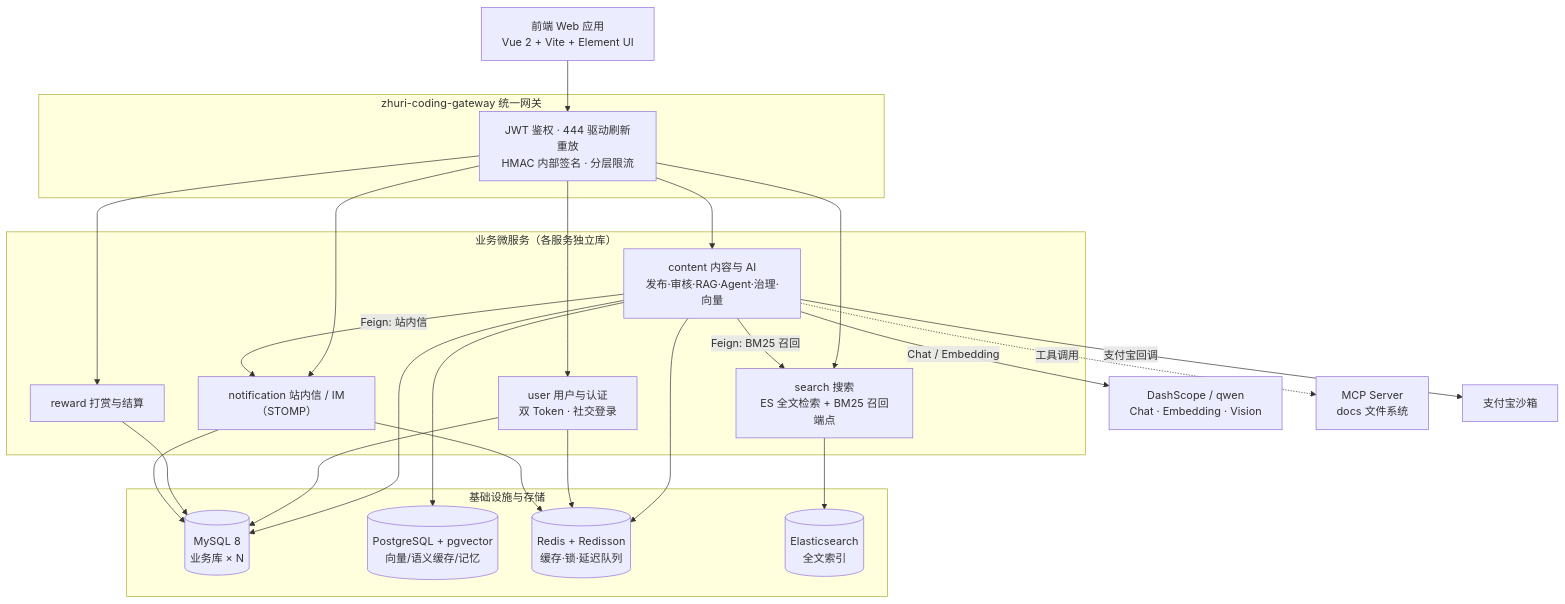
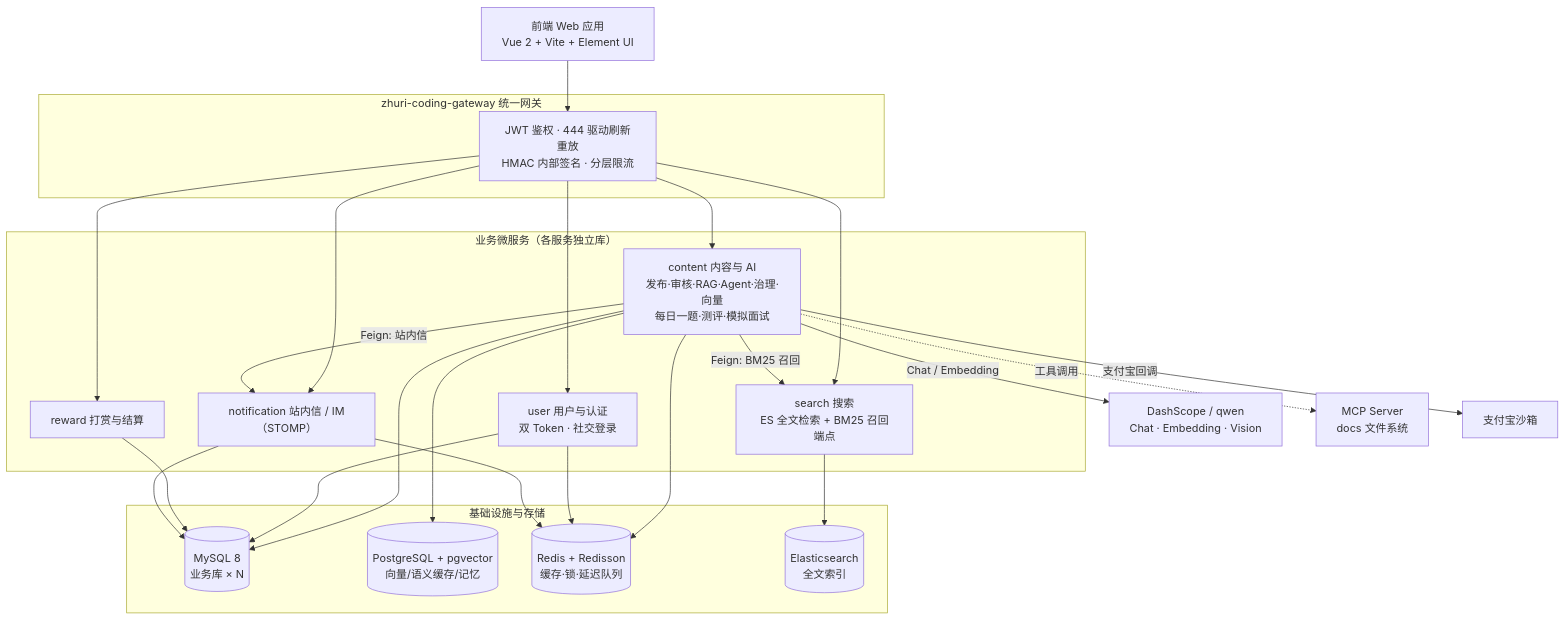
The diagram in README.md (R-ping/ZhuRi-Coding), drawn with Mermaid before and after one commit. The commit also changed other lines of this file, not shown here.

````diff
--- a/README.md
+++ b/README.md
@@ -171,40 +204,40 @@
 ```mermaid
 flowchart TB
     FE["前端 Web 应用<br/>Vue 2 + Vite + Element UI"]
 
     subgraph GW["zhuri-coding-gateway 统一网关"]
         G1["JWT 鉴权 · 444 驱动刷新重放<br/>HMAC 内部签名 · 分层限流"]
     end
 
     subgraph SVC["业务微服务（各服务独立库）"]
         USER["user 用户与认证<br/>双 Token · 社交登录"]
-        CONTENT["content 内容与 AI<br/>发布·审核·RAG·Agent·治理·向量"]
+        CONTENT["content 内容与 AI<br/>发布·审核·RAG·Agent·治理·向量<br/>每日一题·测评·模拟面试"]
         SEARCH["search 搜索<br/>ES 全文检索 + BM25 召回端点"]
         REWARD["reward 打赏与结算"]
         NOTIFY["notification 站内信 / IM（STOMP）"]
     end
 
     subgraph INFRA["基础设施与存储"]
         MYSQL[("MySQL 8<br/>业务库 × N")]
         PGV[("PostgreSQL + pgvector<br/>向量/语义缓存/记忆")]
         REDIS[("Redis + Redisson<br/>缓存·锁·延迟队列")]
         ES[("Elasticsearch<br/>全文索引")]
     end
 
     LLM["DashScope / qwen<br/>Chat · Embedding · Vision"]
     MCP["MCP Server<br/>docs 文件系统"]
     ALIPAY["支付宝沙箱"]
 
     FE --> G1
     G1 --> USER & CONTENT & SEARCH & REWARD & NOTIFY
     CONTENT --> MYSQL & PGV & REDIS
     CONTENT -->|Chat / Embedding| LLM
     CONTENT -->|Feign: BM25 召回| SEARCH
     CONTENT -->|Feign: 站内信| NOTIFY
     CONTENT -->|支付宝回调| ALIPAY
     SEARCH --> ES
     USER --> MYSQL & REDIS
     REWARD --> MYSQL
     NOTIFY --> MYSQL & REDIS
     CONTENT -.->|工具调用| MCP
 ```
````
